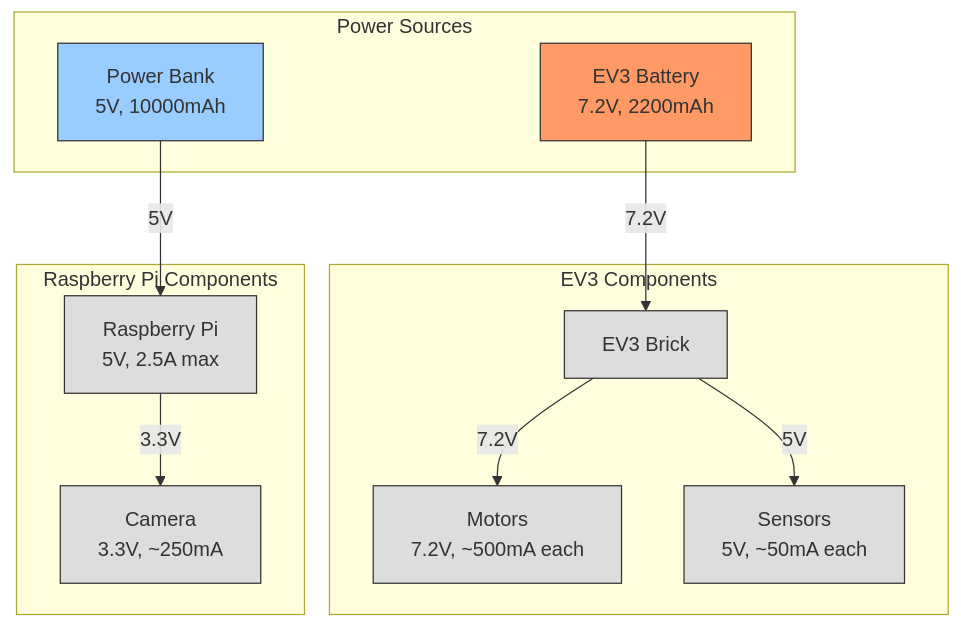
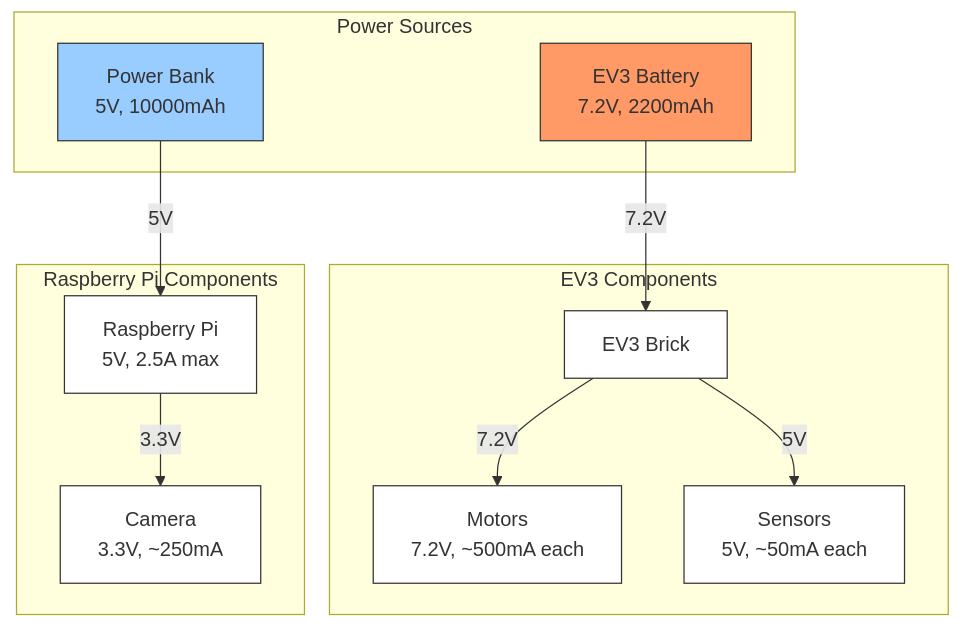
Before and after one commit to Kikatsu/2025ChangeMakers: the third of 3 diagrams in README.md, drawn with Mermaid.

````diff
--- a/README.md
+++ b/README.md
@@ -193,33 +193,33 @@
 ```mermaid
 flowchart TD
     subgraph Power_Sources["Power Sources"]
         EV3Bat["EV3 Battery\n7.2V, 2200mAh"]
         PowerBank["Power Bank\n5V, 10000mAh"]
     end
 
     subgraph EV3_Components["EV3 Components"]
         EV3["EV3 Brick"]
         Motors["Motors\n7.2V, ~500mA each"]
         Sensors["Sensors\n5V, ~50mA each"]
     end
 
     subgraph Pi_Components["Raspberry Pi Components"]
         RPi["Raspberry Pi\n5V, 2.5A max"]
         Cam["Camera\n3.3V, ~250mA"]
     end
 
     EV3Bat --> |"7.2V"| EV3
     EV3 --> |"7.2V"| Motors
     EV3 --> |"5V"| Sensors
     
     PowerBank --> |"5V"| RPi
     RPi --> |"3.3V"| Cam
 
     style EV3Bat fill:#f96,stroke:#333
     style PowerBank fill:#9cf,stroke:#333
-    style EV3 fill:#ddd,stroke:#333
-    style RPi fill:#ddd,stroke:#333
-    style Motors fill:#ddd,stroke:#333
-    style Sensors fill:#ddd,stroke:#333
-    style Cam fill:#ddd,stroke:#333
+    style EV3 fill:#fff,stroke:#333
+    style RPi fill:#fff,stroke:#333
+    style Motors fill:#fff,stroke:#333
+    style Sensors fill:#fff,stroke:#333
+    style Cam fill:#fff,stroke:#333
 ```
````
